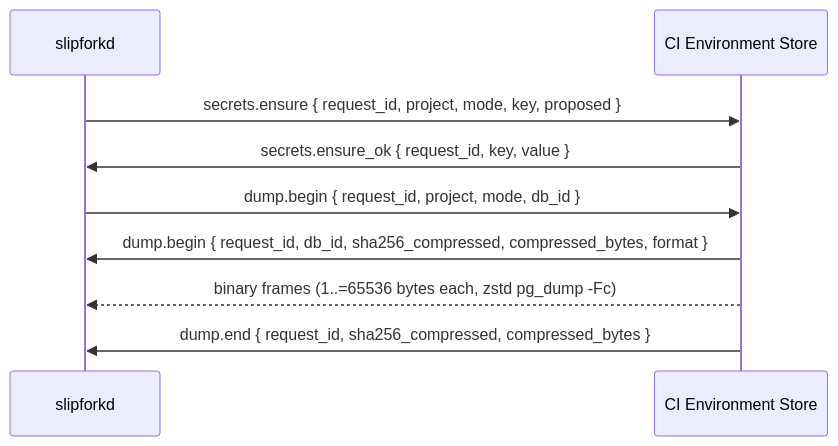
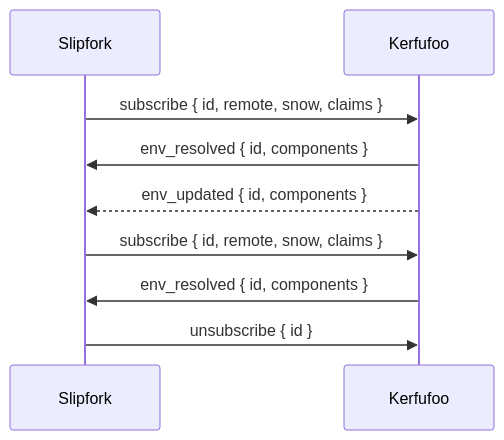
One commit to OffworldNexus/slipfork changed the second of 3 diagrams in docs/design/ospp.md. Above: the diagram before and after it, drawn with Mermaid. The commit also changed other lines of this file and 4 other files, not shown here.

````diff
--- a/docs/design/ospp.md
+++ b/docs/design/ospp.md
@@ -113,11 +54,11 @@
 ```mermaid
 sequenceDiagram
-    participant C as slipforkd
-    participant S as CI Environment Store
-    C->>S: secrets.ensure { request_id, project, mode, key, proposed }
-    S->>C: secrets.ensure_ok { request_id, key, value }
-    C->>S: dump.begin { request_id, project, mode, db_id }
-    S->>C: dump.begin { request_id, db_id, sha256_compressed, compressed_bytes, format }
-    S-->>C: binary frames (1..=65536 bytes each, zstd pg_dump -Fc)
-    S->>C: dump.end { request_id, sha256_compressed, compressed_bytes }
+  participant C as Slipfork
+  participant S as Kerfufoo
+  C->>S: subscribe { id, remote, snow, claims }
+  S->>C: env_resolved { id, components }
+  S-->>C: env_updated { id, components }
+  C->>S: subscribe { id, remote, snow, claims }
+  S->>C: env_resolved { id, components }
+  C->>S: unsubscribe { id }
 ```
````
